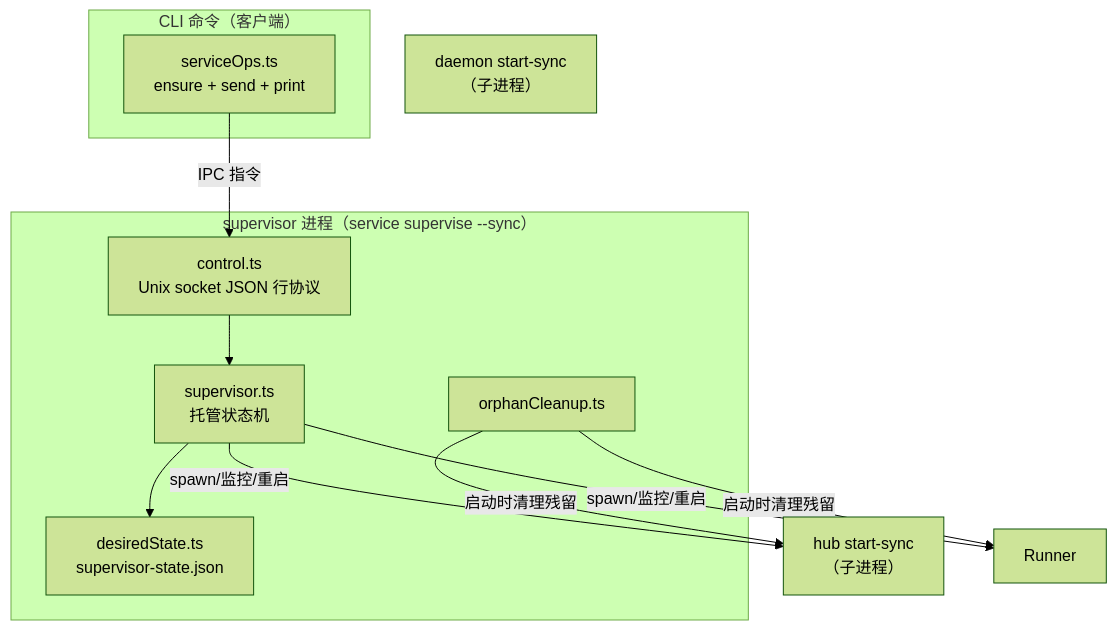
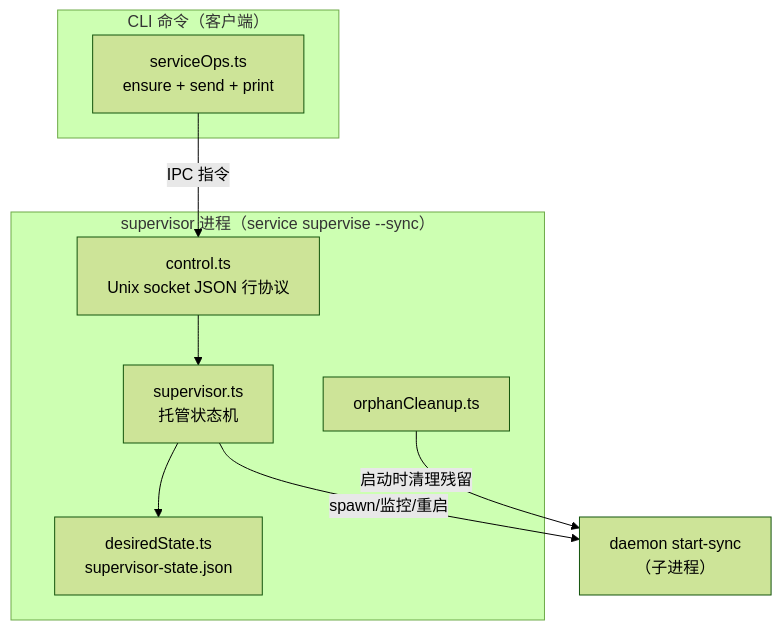
The first of 2 diagrams in docs/architecture/cli/commands/service/README.md (ModuBit/mobi), drawn with Mermaid (forest theme) before and after one commit. The commit also changed other lines of this file and 86 other files, not shown here.

First line of the commit message:
remove-machine 603: 文档与 ADR 收尾——ADR 0011 + 架构文档全量去 hub/runner/machine 词汇

````diff
--- a/docs/architecture/cli/commands/service/README.md
+++ b/docs/architecture/cli/commands/service/README.md
@@ -34,23 +30,21 @@
 ```mermaid
 flowchart TB
     subgraph CLI["CLI 命令（客户端）"]
         ServiceOps["serviceOps.ts<br/>ensure + send + print"]
     end
 
     subgraph SupervisorProc["supervisor 进程（service supervise --sync）"]
         ControlServer["control.ts<br/>Unix socket JSON 行协议"]
         StateMachine["supervisor.ts<br/>托管状态机"]
         Orphan["orphanCleanup.ts"]
         Desired["desiredState.ts<br/>supervisor-state.json"]
     end
 
-    Hub["hub start-sync<br/>（子进程）"]
     Daemon["daemon start-sync<br/>（子进程）"]
 
     ServiceOps -->|IPC 指令| ControlServer
     ControlServer --> StateMachine
-    StateMachine --> |spawn/监控/重启| Hub
-    StateMachine --> |spawn/监控/重启| Runner
+    StateMachine --> |spawn/监控/重启| Daemon
     StateMachine --> Desired
-    Orphan --> |启动时清理残留| Hub & Runner
+    Orphan --> |启动时清理残留| Daemon
 ```
````
